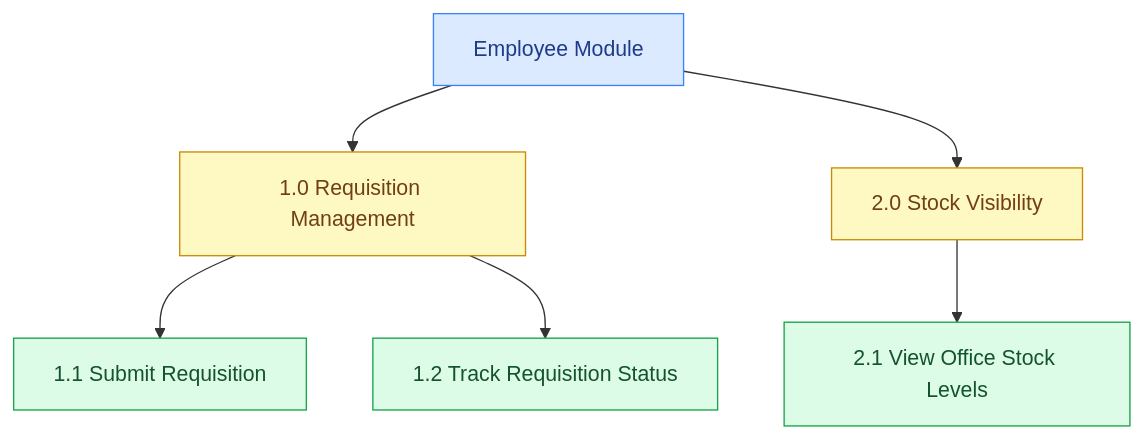
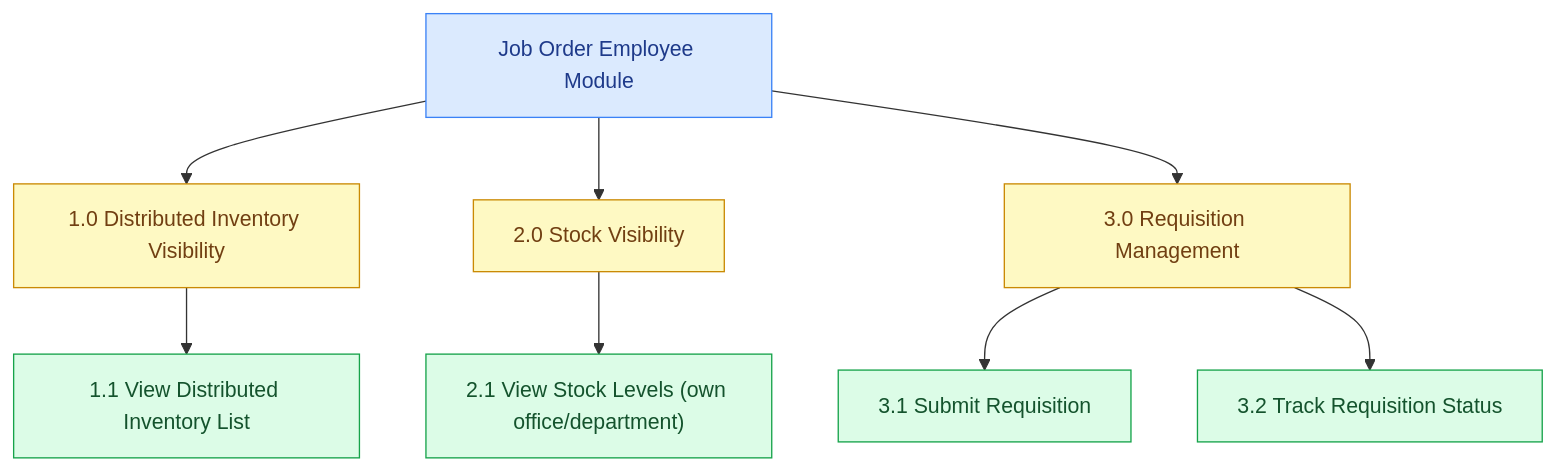
Before and after one commit to Daaanj05/owwa_inventory: the fourth of 4 diagrams in docs/HIPO_USER_BASED.md, drawn with Mermaid. The commit also changed other lines of this file and 569 other files, not shown here.

````diff
--- a/docs/HIPO_USER_BASED.md
+++ b/docs/HIPO_USER_BASED.md
@@ -132,16 +175,19 @@
 ```mermaid
 flowchart TD
-    A["Employee Module"]:::root
+    A["Job Order Employee Module"]:::root
 
-    A --> B["1.0 Requisition Management"]:::mod
+    A --> B["1.0 Distributed Inventory Visibility"]:::mod
     A --> C["2.0 Stock Visibility"]:::mod
+    A --> D["3.0 Requisition Management"]:::mod
 
-    B --> B1["1.1 Submit Requisition"]:::sub
-    B --> B2["1.2 Track Requisition Status"]:::sub
+    B --> B1["1.1 View Distributed Inventory List"]:::sub
 
-    C --> C1["2.1 View Office Stock Levels"]:::sub
+    C --> C1["2.1 View Stock Levels (own office/department)"]:::sub
+
+    D --> D1["3.1 Submit Requisition"]:::sub
+    D --> D2["3.2 Track Requisition Status"]:::sub
 
     classDef root fill:#dbeafe,color:#1e3a8a,stroke:#3b82f6
     classDef mod fill:#fef9c3,color:#713f12,stroke:#ca8a04
     classDef sub fill:#dcfce7,color:#14532d,stroke:#16a34a
 ```
````
